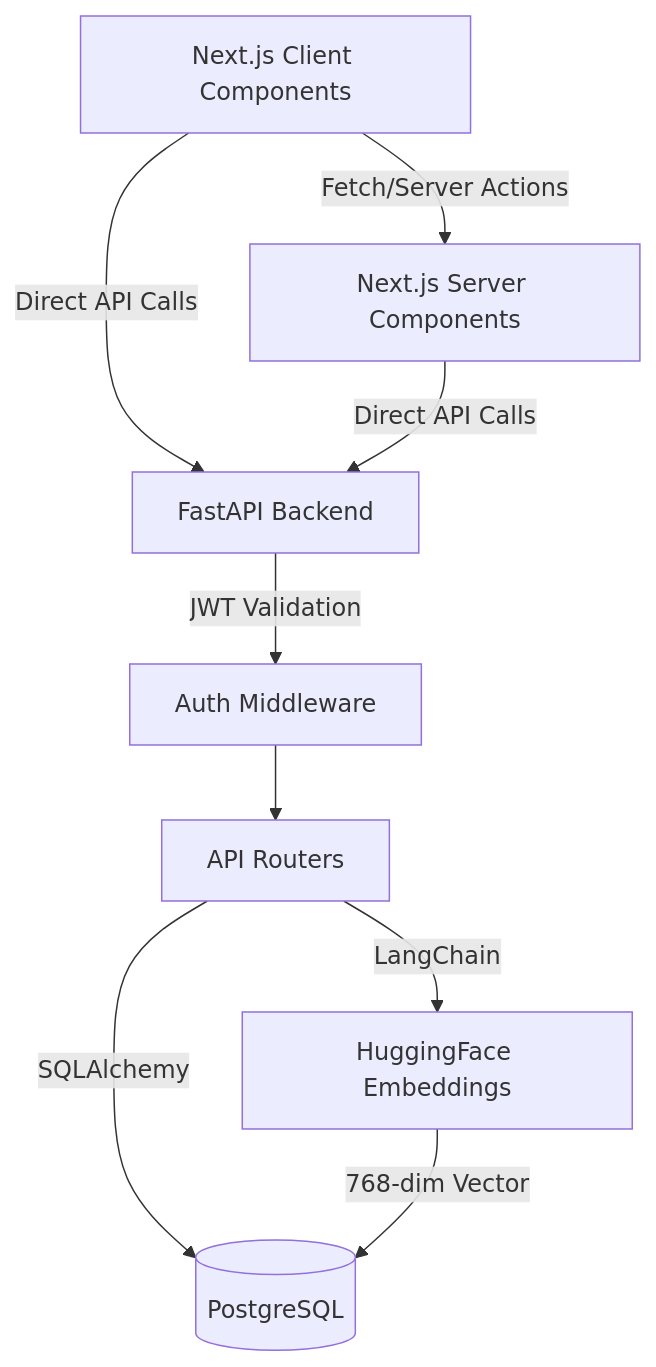
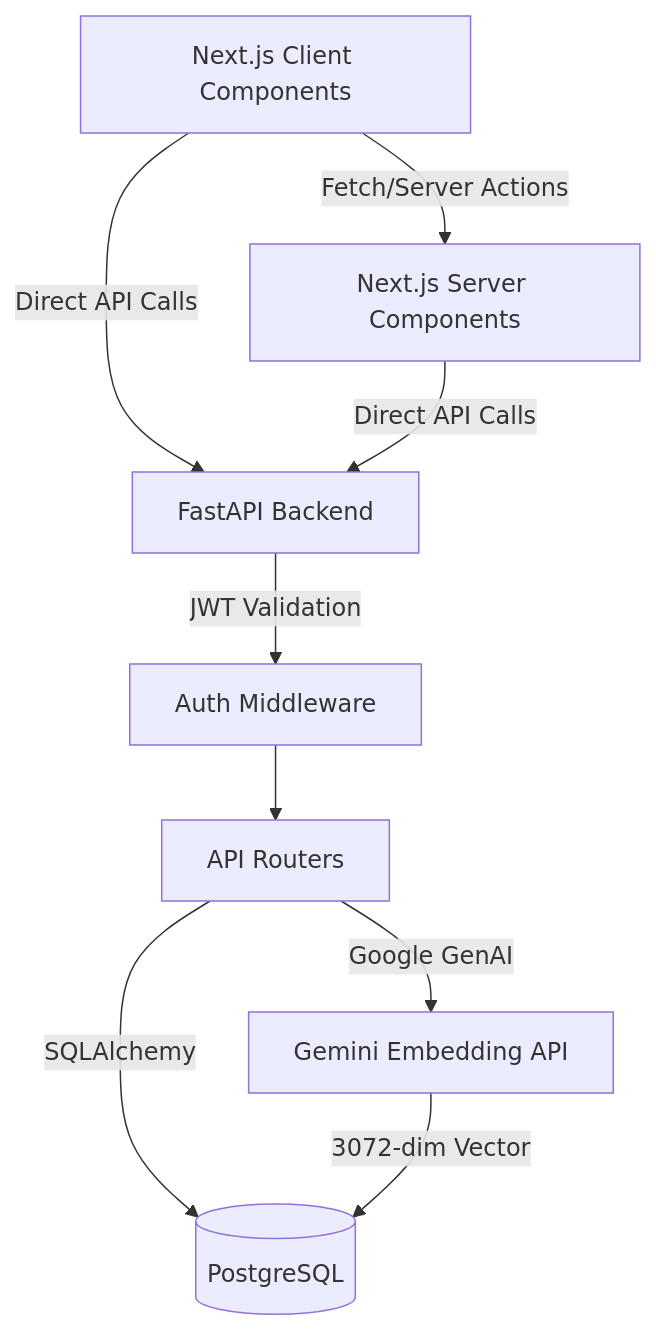
The first of 2 diagrams in README.md (Shreyansh-kushw/Orbit), drawn with Mermaid before and after one commit. The commit also changed other lines of this file, not shown here.

````diff
--- a/README.md
+++ b/README.md
@@ -166,13 +167,13 @@
 ```mermaid
 graph TD
     Client[Next.js Client Components] -->|Fetch/Server Actions| Server[Next.js Server Components]
     Client -->|Direct API Calls| API[FastAPI Backend]
     Server -->|Direct API Calls| API
     
     API -->|JWT Validation| Auth[Auth Middleware]
     Auth --> Router[API Routers]
     Router -->|SQLAlchemy| DB[(PostgreSQL)]
     
-    Router -->|LangChain| HuggingFace[HuggingFace Embeddings]
-    HuggingFace -->|768-dim Vector| DB
+    Router -->|Google GenAI| Gemini[Gemini Embedding API]
+    Gemini -->|3072-dim Vector| DB
 ```
````
